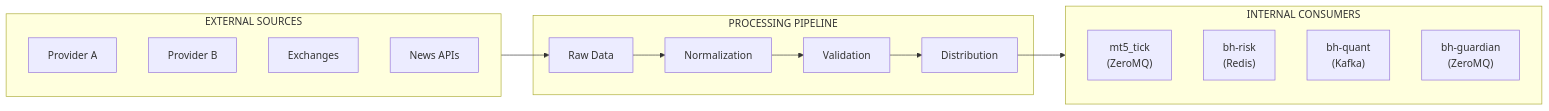
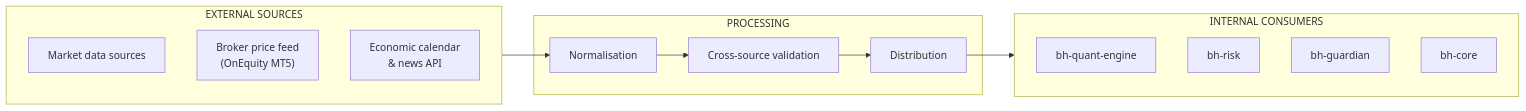
One commit to blackholefund/external_docs changed the diagram in docs/connectors/overview.md. Above: the diagram before and after it, drawn with Mermaid. The commit also changed other lines of this file and 17 other files, not shown here.

````diff
--- a/docs/connectors/overview.md
+++ b/docs/connectors/overview.md
@@ -187,29 +13,23 @@
 ```mermaid
 flowchart LR
     subgraph External["EXTERNAL SOURCES"]
-        ProviderA["Provider A"]
-        ProviderB["Provider B"]
-        Exchanges["Exchanges"]
-        NewsAPIs["News APIs"]
+        Market["Market data sources"]
+        Broker["Broker price feed\n(OnEquity MT5)"]
+        Calendar["Economic calendar\n& news API"]
     end
 
-    subgraph Processing["PROCESSING PIPELINE"]
-        Raw["Raw Data"]
-        Norm["Normalization"]
-        Valid["Validation"]
+    subgraph Processing["PROCESSING"]
+        Norm["Normalisation"]
+        Valid["Cross-source validation"]
         Dist["Distribution"]
     end
 
     subgraph Consumers["INTERNAL CONSUMERS"]
-        MT5["mt5_tick\n(ZeroMQ)"]
-        Risk["bh-risk\n(Redis)"]
-        Quant["bh-quant\n(Kafka)"]
-        Guardian["bh-guardian\n(ZeroMQ)"]
+        Quant["bh-quant-engine"]
+        Risk["bh-risk"]
+        Guardian["bh-guardian"]
+        Core["bh-core"]
     end
 
-    External --> Raw
-    Raw --> Norm
-    Norm --> Valid
-    Valid --> Dist
-    Dist --> Consumers
+    External --> Norm --> Valid --> Dist --> Consumers
 ```
````
